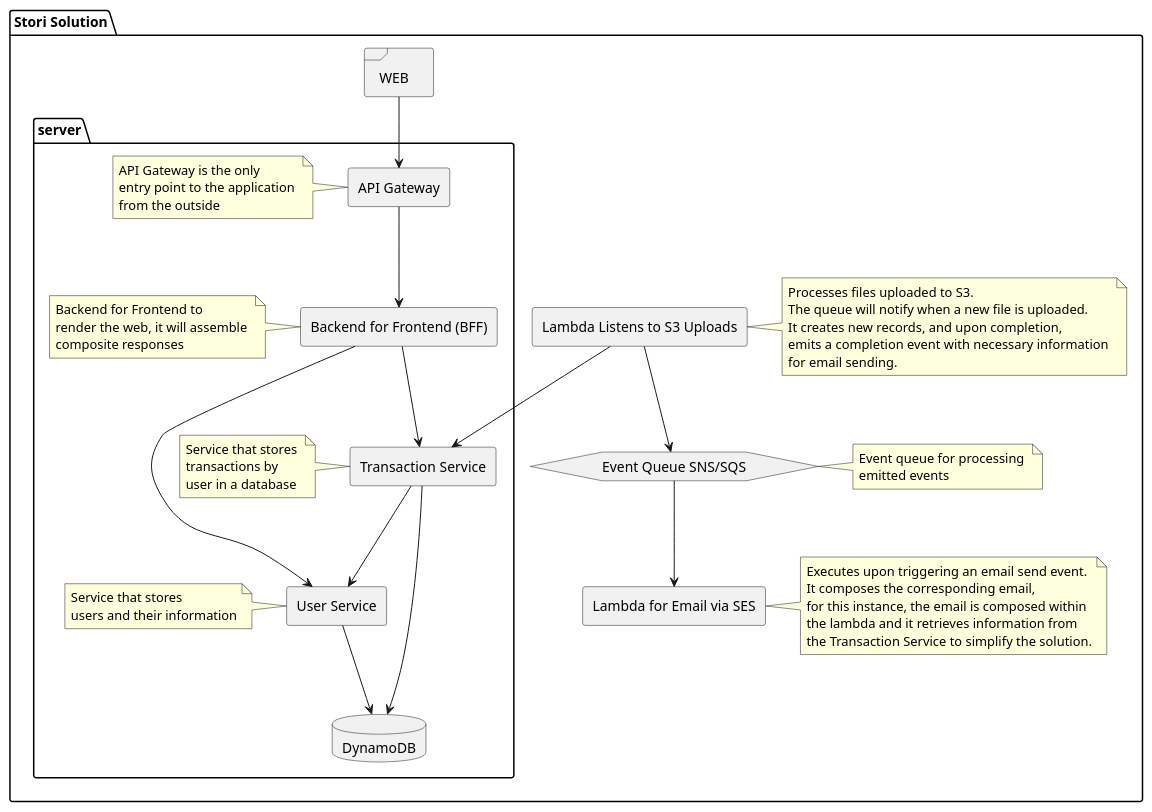
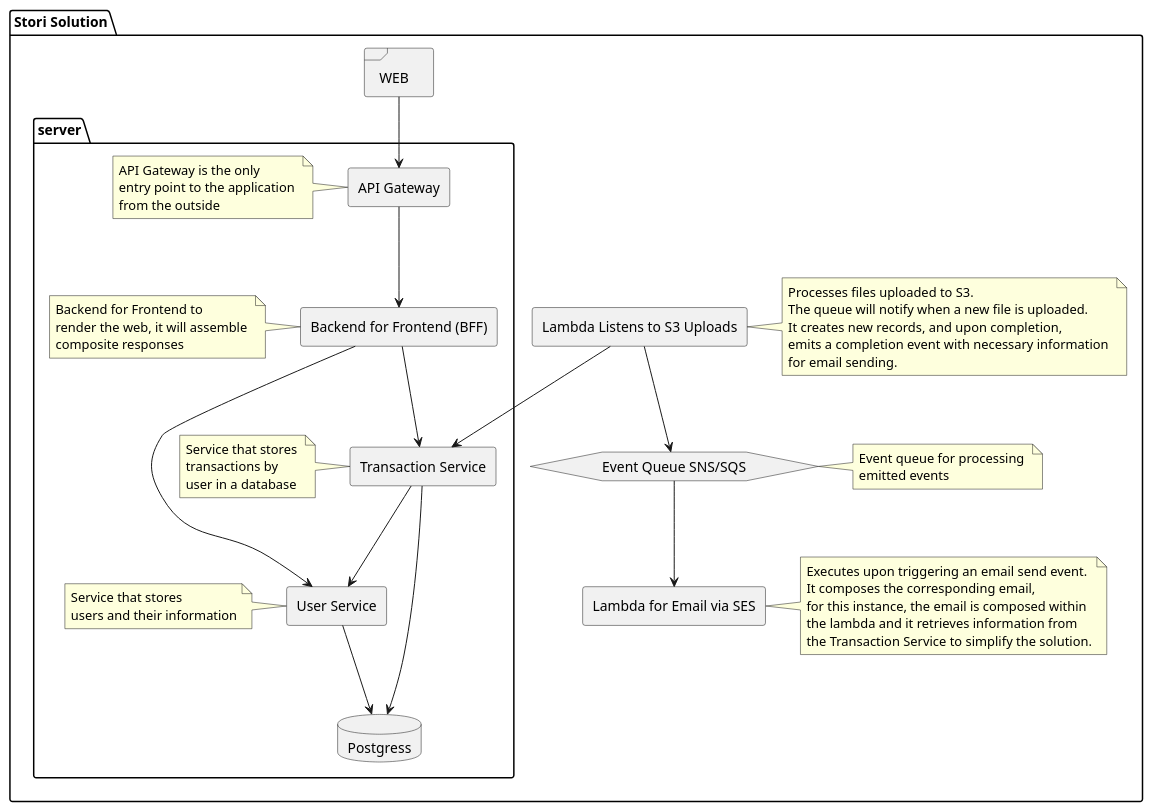
One commit to Wcamaly/stori changed the diagram in documentation/Achitecture.puml. Above: the diagram before and after it, drawn with PlantUML. The commit also changed 4 other files, not shown here.

First line of the commit message:
Update documentation and architectural diagrams

```diff
--- a/documentation/Achitecture.puml
+++ b/documentation/Achitecture.puml
@@ -1,76 +1,76 @@
 @startuml
 package "Stori Solution" {
 
   frame WEB
   rectangle "Lambda Listens to S3 Uploads" as LBD_S3
 
   rectangle "Lambda for Email via SES" as LBD_SES
 
 
   hexagon "Event Queue SNS/SQS" as EQ_SQS
 
   package server {
     rectangle "Transaction Service" as TS
     rectangle "User Service" as US
     rectangle "API Gateway" as AG
     rectangle "Backend for Frontend (BFF)" as BFF
-    database "DynamoDB" as DB
+    database "Postgress" as DB
 
     note left of (AG)
       API Gateway is the only 
       entry point to the application 
       from the outside
     end note
 
     note left of (BFF)
       Backend for Frontend to 
       render the web, it will assemble 
       composite responses 
     end note
 
     note left of (TS)
       Service that stores 
       transactions by 
       user in a database 
     end note
 
     note left of (US)
       Service that stores 
       users and their information
     end note
   }
 
   note right of (EQ_SQS)
     Event queue for processing 
     emitted events
   end note
 
   note right of (LBD_S3)
     Processes files uploaded to S3. 
     The queue will notify when a new file is uploaded. 
     It creates new records, and upon completion, 
     emits a completion event with necessary information 
     for email sending.
   end note
 
   note right of (LBD_SES)
     Executes upon triggering an email send event. 
     It composes the corresponding email, 
     for this instance, the email is composed within 
     the lambda and it retrieves information from  
     the Transaction Service to simplify the solution.
   end note
 
   WEB --> AG
   AG --> BFF
   BFF --> US
   BFF --> TS
   LBD_S3 --> TS
   TS --> DB
   US --> DB
   TS --> US
   LBD_S3 --> EQ_SQS
   EQ_SQS --> LBD_SES
 
 }
 @enduml
```
